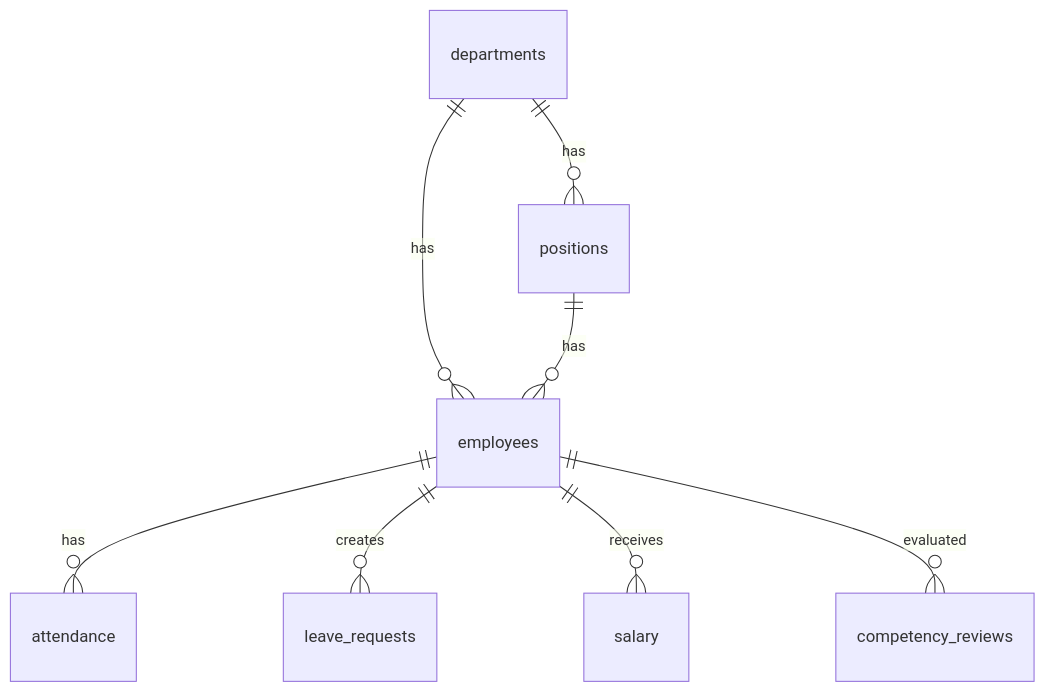
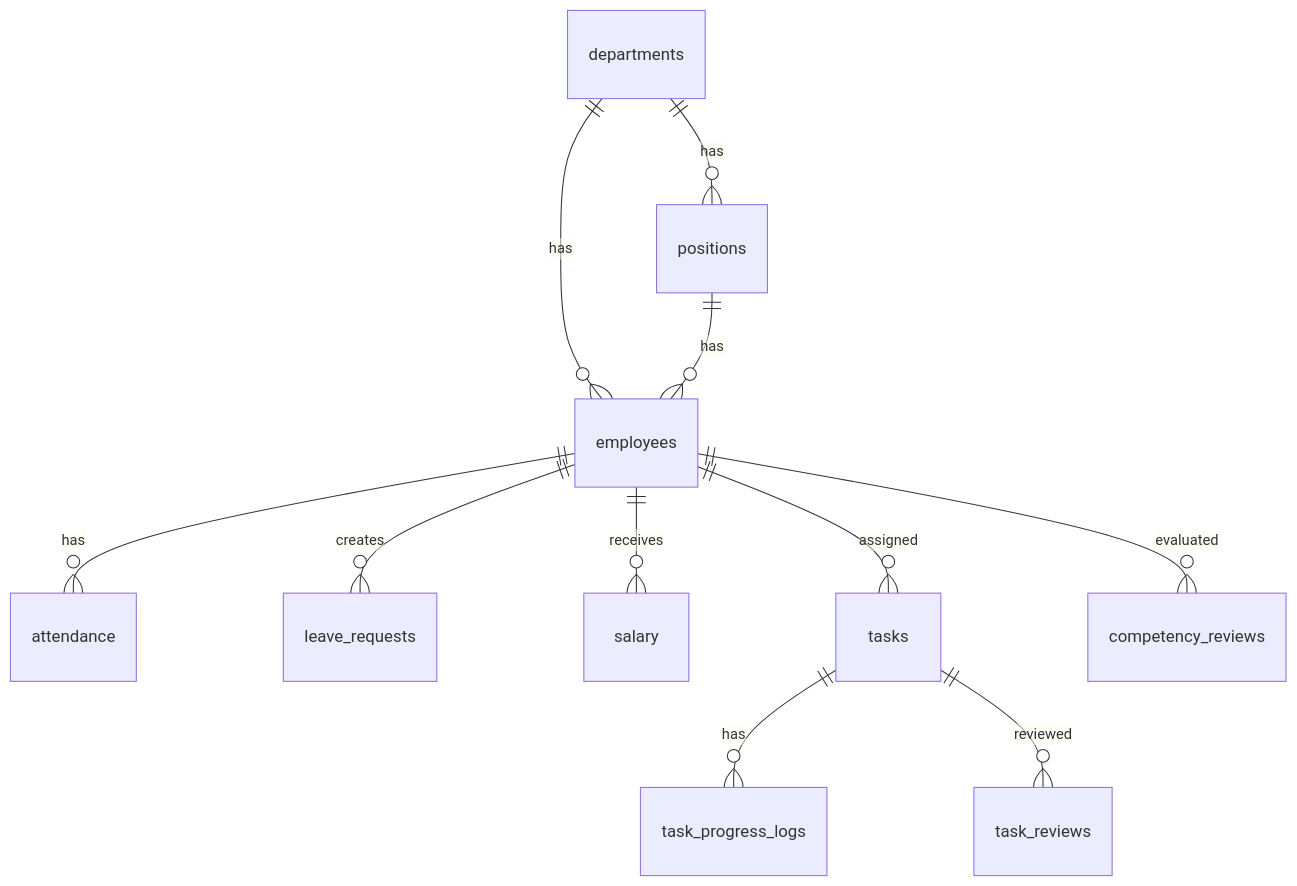
Before and after one commit to NamAnh1404/chatbot-hrm-frontend: diagram 13 of 13 in TAI_LIEU_LOGIC_NGHIEP_VU_HRM.md, drawn with Mermaid. The commit also changed other lines of this file and 13 other files, not shown here.

Commit message:
Add HRM Agentic AI docs and database schema

````diff
--- a/TAI_LIEU_LOGIC_NGHIEP_VU_HRM.md
+++ b/TAI_LIEU_LOGIC_NGHIEP_VU_HRM.md
@@ -768,10 +870,13 @@
 ```mermaid
 erDiagram
     departments ||--o{ employees : has
     departments ||--o{ positions : has
     positions ||--o{ employees : has
     employees ||--o{ attendance : has
     employees ||--o{ leave_requests : creates
     employees ||--o{ salary : receives
+    employees ||--o{ tasks : assigned
+    tasks ||--o{ task_progress_logs : has
+    tasks ||--o{ task_reviews : reviewed
     employees ||--o{ competency_reviews : evaluated
 ```
````
